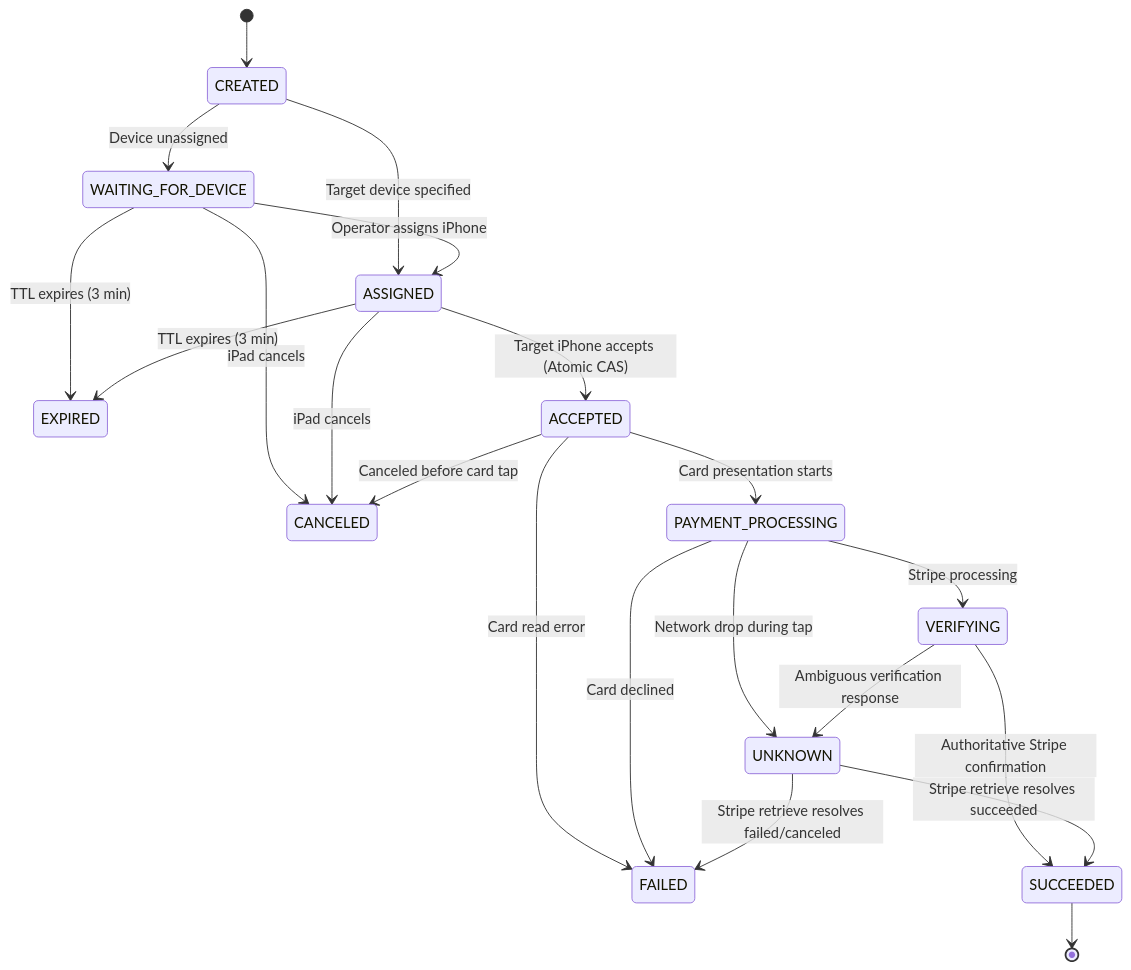
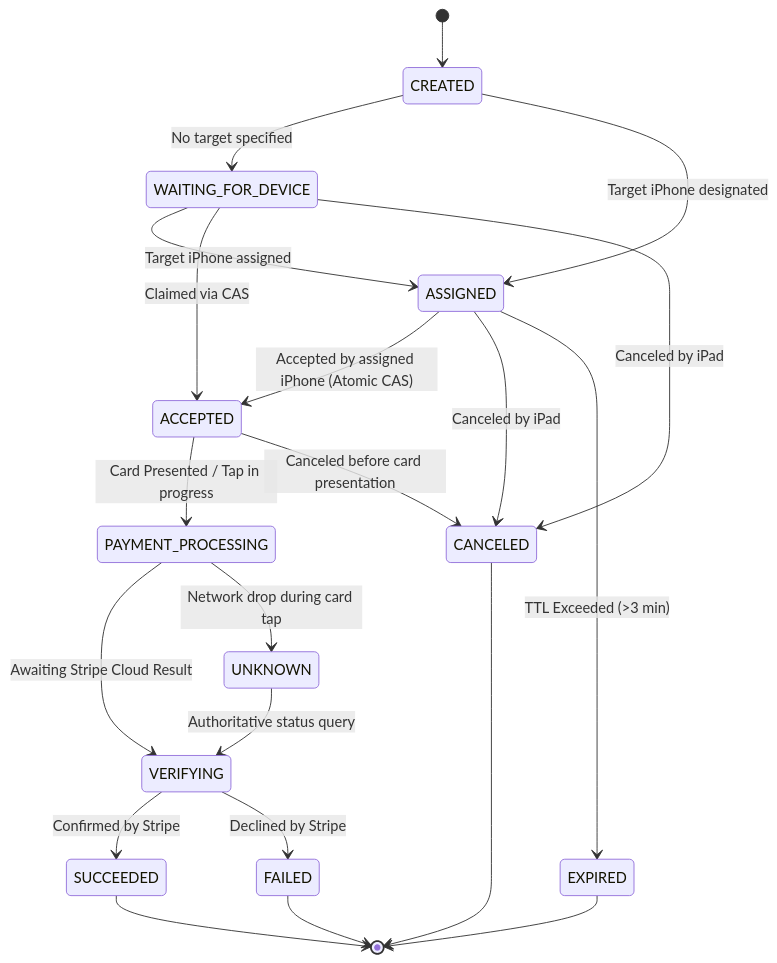
Before and after one commit to chessco/icellshoppos: the diagram in docs/PAYMENT_05A_CONCURRENCY_HARDENING.md, drawn with Mermaid. The commit also changed other lines of this file and 1 other file, not shown here.

Commit message:
docs(payments): complete PAYMENT-05A concurrency and transaction integrity hardening audit

````diff
--- a/docs/PAYMENT_05A_CONCURRENCY_HARDENING.md
+++ b/docs/PAYMENT_05A_CONCURRENCY_HARDENING.md
@@ -122,23 +122,23 @@
 ```mermaid
 stateDiagram-v2
     [*] --> CREATED
-    CREATED --> WAITING_FOR_DEVICE: Device unassigned
-    CREATED --> ASSIGNED: Target device specified
-    WAITING_FOR_DEVICE --> ASSIGNED: Operator assigns iPhone
-    WAITING_FOR_DEVICE --> CANCELED: iPad cancels
-    WAITING_FOR_DEVICE --> EXPIRED: TTL expires (3 min)
-    ASSIGNED --> ACCEPTED: Target iPhone accepts (Atomic CAS)
-    ASSIGNED --> CANCELED: iPad cancels
-    ASSIGNED --> EXPIRED: TTL expires (3 min)
-    ACCEPTED --> PAYMENT_PROCESSING: Card presentation starts
-    ACCEPTED --> CANCELED: Canceled before card tap
-    ACCEPTED --> FAILED: Card read error
-    PAYMENT_PROCESSING --> VERIFYING: Stripe processing
-    PAYMENT_PROCESSING --> UNKNOWN: Network drop during tap
-    PAYMENT_PROCESSING --> FAILED: Card declined
-    VERIFYING --> SUCCEEDED: Authoritative Stripe confirmation
-    VERIFYING --> UNKNOWN: Ambiguous verification response
-    UNKNOWN --> SUCCEEDED: Stripe retrieve resolves succeeded
-    UNKNOWN --> FAILED: Stripe retrieve resolves failed/canceled
+    CREATED --> WAITING_FOR_DEVICE : No target specified
+    CREATED --> ASSIGNED : Target iPhone designated
+    WAITING_FOR_DEVICE --> ASSIGNED : Target iPhone assigned
+    WAITING_FOR_DEVICE --> ACCEPTED : Claimed via CAS
+    ASSIGNED --> ACCEPTED : Accepted by assigned iPhone (Atomic CAS)
+    ASSIGNED --> CANCELED : Canceled by iPad
+    WAITING_FOR_DEVICE --> CANCELED : Canceled by iPad
+    ASSIGNED --> EXPIRED : TTL Exceeded (>3 min)
+    ACCEPTED --> PAYMENT_PROCESSING : Card Presented / Tap in progress
+    ACCEPTED --> CANCELED : Canceled before card presentation
+    PAYMENT_PROCESSING --> VERIFYING : Awaiting Stripe Cloud Result
+    PAYMENT_PROCESSING --> UNKNOWN : Network drop during card tap
+    VERIFYING --> SUCCEEDED : Confirmed by Stripe
+    VERIFYING --> FAILED : Declined by Stripe
+    UNKNOWN --> VERIFYING : Authoritative status query
     SUCCEEDED --> [*]
+    FAILED --> [*]
+    CANCELED --> [*]
+    EXPIRED --> [*]
 ```
````
